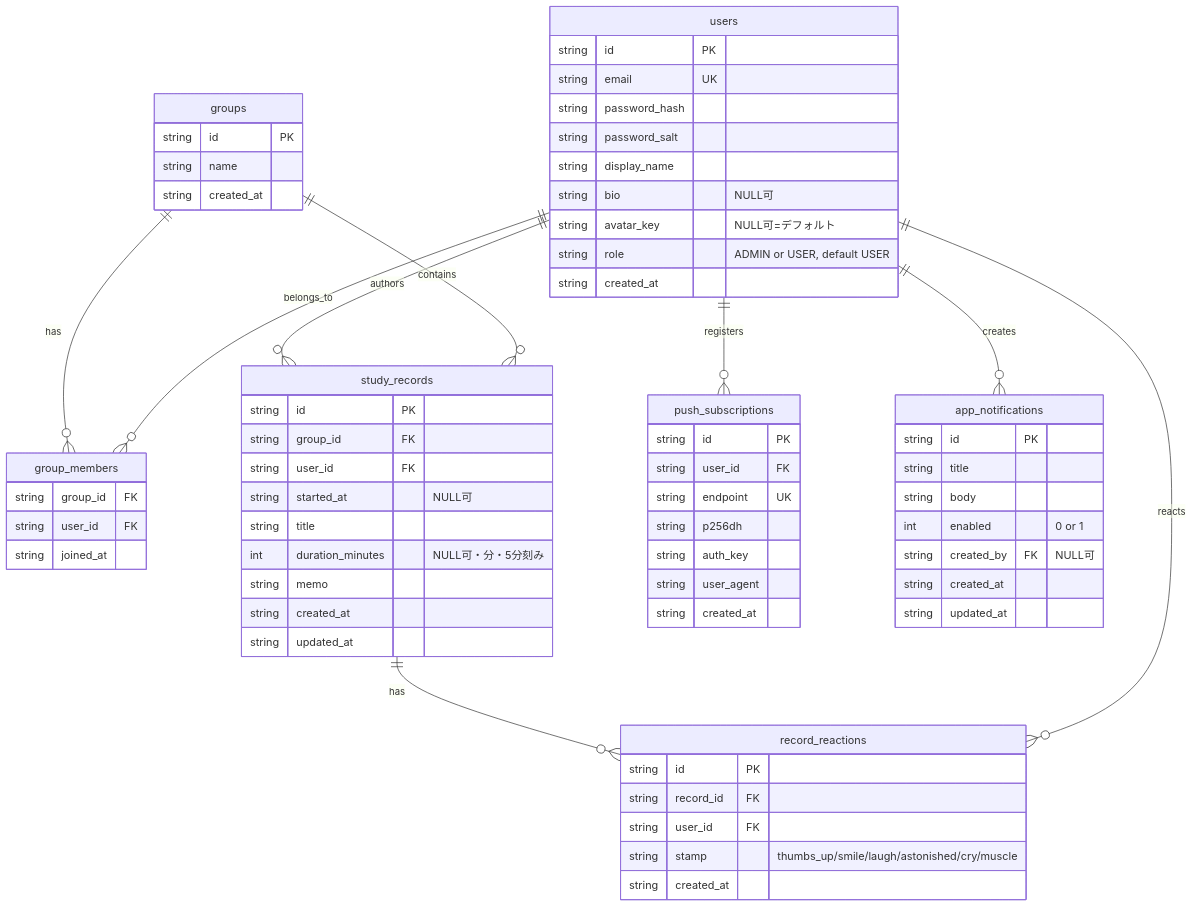
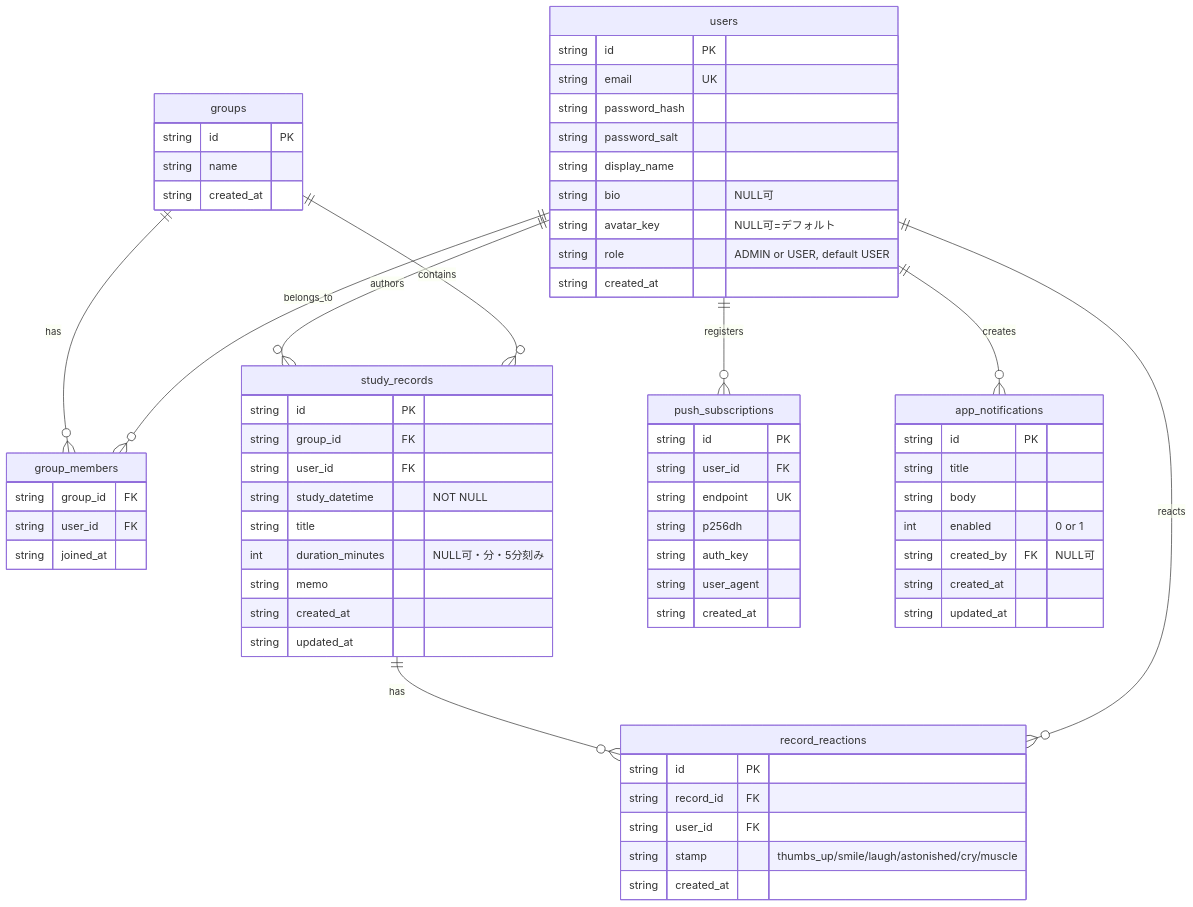
One commit to Hossori/shared-study-logger changed the diagram in docs/data-model.md. Above: the diagram before and after it, drawn with Mermaid. The commit also changed other lines of this file and 19 other files, not shown here.

First line of the commit message:
feat: 学習日時を必須の study_datetime にし、時間帯と時刻を選べるようにする

````diff
--- a/docs/data-model.md
+++ b/docs/data-model.md
@@ -8,69 +8,69 @@
 ```mermaid
 erDiagram
   users ||--o{ group_members : belongs_to
   groups ||--o{ group_members : has
   groups ||--o{ study_records : contains
   users ||--o{ study_records : authors
   users ||--o{ record_reactions : reacts
   study_records ||--o{ record_reactions : has
   users ||--o{ push_subscriptions : registers
   users ||--o{ app_notifications : creates
 
   users {
     string id PK
     string email UK
     string password_hash
     string password_salt
     string display_name
     string bio "NULL可"
     string avatar_key "NULL可=デフォルト"
     string role "ADMIN or USER, default USER"
     string created_at
   }
   groups {
     string id PK
     string name
     string created_at
   }
   group_members {
     string group_id FK
     string user_id FK
     string joined_at
   }
   study_records {
     string id PK
     string group_id FK
     string user_id FK
-    string started_at "NULL可"
+    string study_datetime "NOT NULL"
     string title
     int duration_minutes "NULL可・分・5分刻み"
     string memo
     string created_at
     string updated_at
   }
   record_reactions {
     string id PK
     string record_id FK
     string user_id FK
     string stamp "thumbs_up/smile/laugh/astonished/cry/muscle"
     string created_at
   }
   push_subscriptions {
     string id PK
     string user_id FK
     string endpoint UK
     string p256dh
     string auth_key
     string user_agent
     string created_at
   }
   app_notifications {
     string id PK
     string title
     string body
     int enabled "0 or 1"
     string created_by FK "NULL可"
     string created_at
     string updated_at
   }
 ```
````
